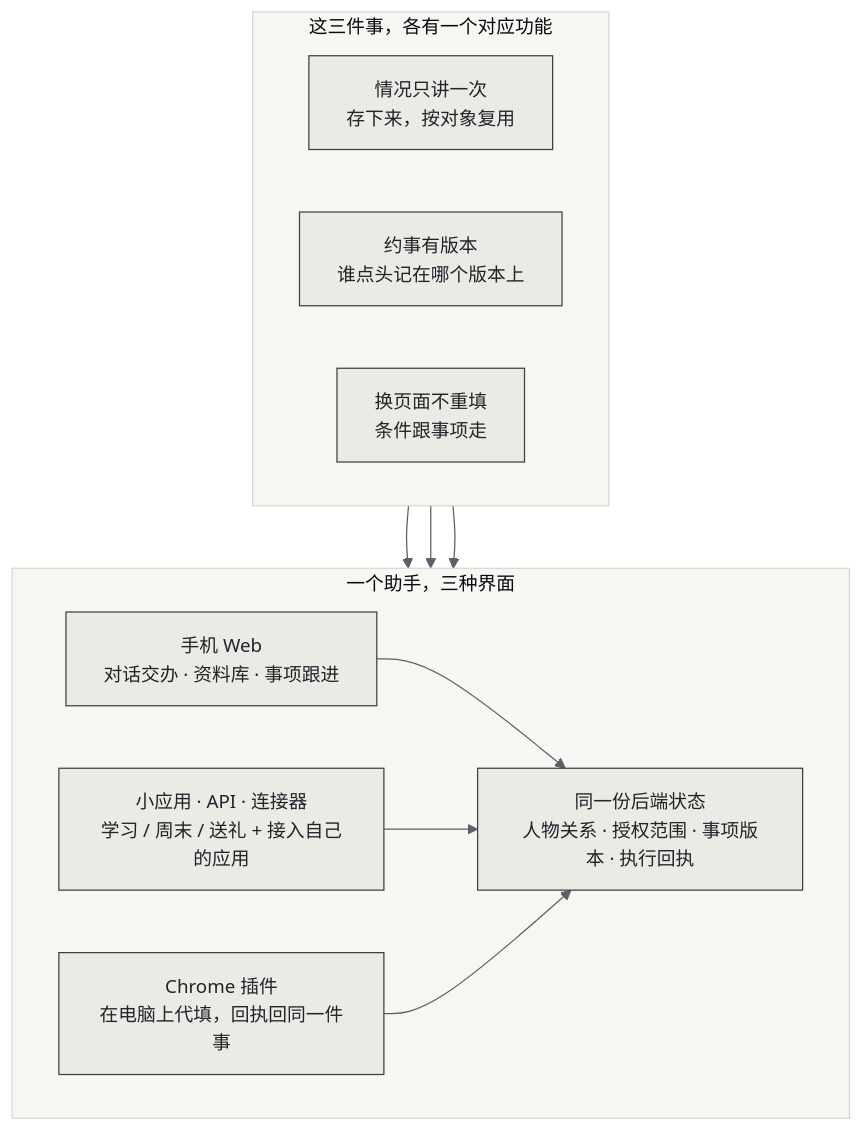
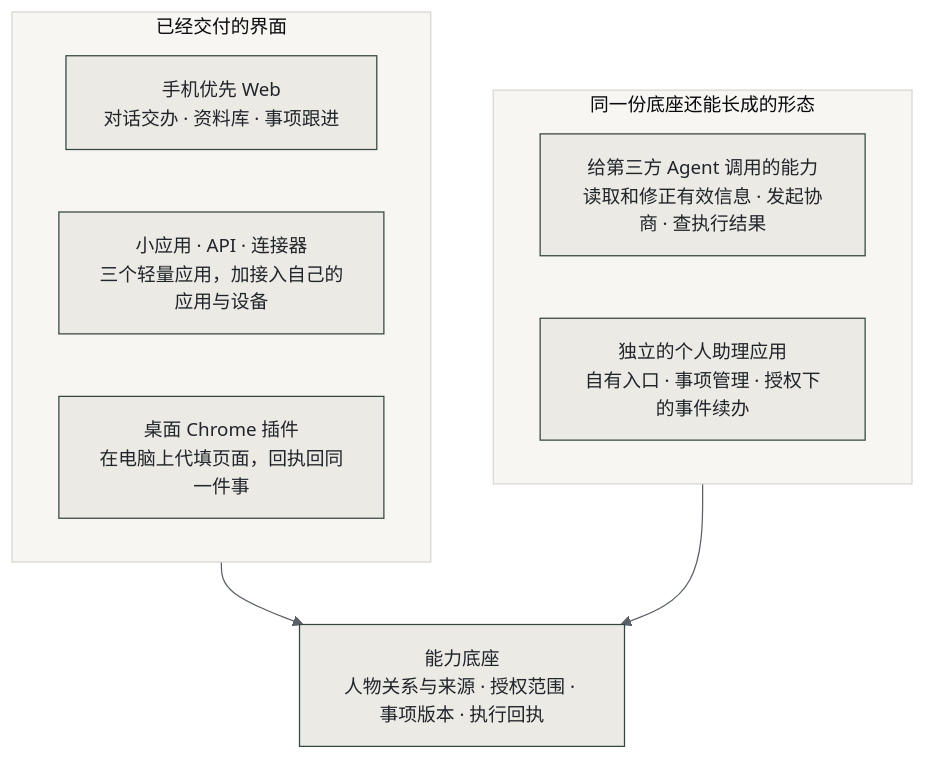
One commit to larisfavour-lang/personal-ai-hackathon changed the first of 4 diagrams in README.md. Above: the diagram before and after it, drawn with Mermaid. The commit also changed other lines of this file, not shown here.

Commit message:
docs: architecture diagram as extensible base plus interface forms

````diff
--- a/README.md
+++ b/README.md
@@ -35,23 +37,18 @@
 ```mermaid
 %%{init: {"theme":"base","themeVariables":{"background":"#f7f6f3","mainBkg":"#eceae4","primaryColor":"#eceae4","primaryTextColor":"#20242b","primaryBorderColor":"#34463f","secondaryColor":"#eef1ee","secondaryBorderColor":"#8a9a92","tertiaryColor":"#f7f6f3","tertiaryBorderColor":"#d9d6cf","lineColor":"#5b6068","textColor":"#20242b","fontFamily":"PingFang SC, Microsoft YaHei, sans-serif","fontSize":"15px","clusterBkg":"#f7f6f3","clusterBorder":"#d9d6cf","edgeLabelBackground":"#f7f6f3","nodeBorder":"#34463f","actorBkg":"#eceae4","actorBorder":"#34463f","actorTextColor":"#20242b","signalColor":"#5b6068","signalTextColor":"#20242b","noteBkgColor":"#eef1ee","noteTextColor":"#20242b","noteBorderColor":"#8a9a92","labelBoxBkgColor":"#eceae4","labelBoxBorderColor":"#34463f","labelTextColor":"#20242b","sequenceNumberColor":"#f7f6f3","activationBkgColor":"#eef1ee","activationBorderColor":"#8a9a92"}}}%%
 flowchart TB
-  subgraph PROB["这三件事，各有一个对应功能"]
+  subgraph NOW["已经交付的界面"]
     direction LR
-    P1["情况只讲一次<br/>存下来，按对象复用"]
-    P2["约事有版本<br/>谁点头记在哪个版本上"]
-    P3["换页面不重填<br/>条件跟事项走"]
+    W["手机优先 Web<br/>对话交办 · 资料库 · 事项跟进"]
+    APPS["小应用 · API · 连接器<br/>三个轻量应用，加接入自己的应用与设备"]
+    EXT["桌面 Chrome 插件<br/>在电脑上代填页面，回执回同一件事"]
   end
-  subgraph SYS["一个助手，三种界面"]
+  subgraph LATER["同一份底座还能长成的形态"]
     direction LR
-    W["手机 Web<br/>对话交办 · 资料库 · 事项跟进"]
-    APPS["小应用 · API · 连接器<br/>学习 / 周末 / 送礼 + 接入自己的应用"]
-    EXT["Chrome 插件<br/>在电脑上代填，回执回同一件事"]
-    BASE["同一份后端状态<br/>人物关系 · 授权范围 · 事项版本 · 执行回执"]
+    AG["给第三方 Agent 调用的能力<br/>读取和修正有效信息 · 发起协商 · 查执行结果"]
+    APP["独立的个人助理应用<br/>自有入口 · 事项管理 · 授权下的事件续办"]
   end
-  P1 --> W
-  P2 --> W
-  P3 --> EXT
-  W --> BASE
-  APPS --> BASE
-  EXT --> BASE
+  BASE["能力底座<br/>人物关系与来源 · 授权范围 · 事项版本 · 执行回执"]
+  NOW --> BASE
+  LATER --> BASE
 ```
````
